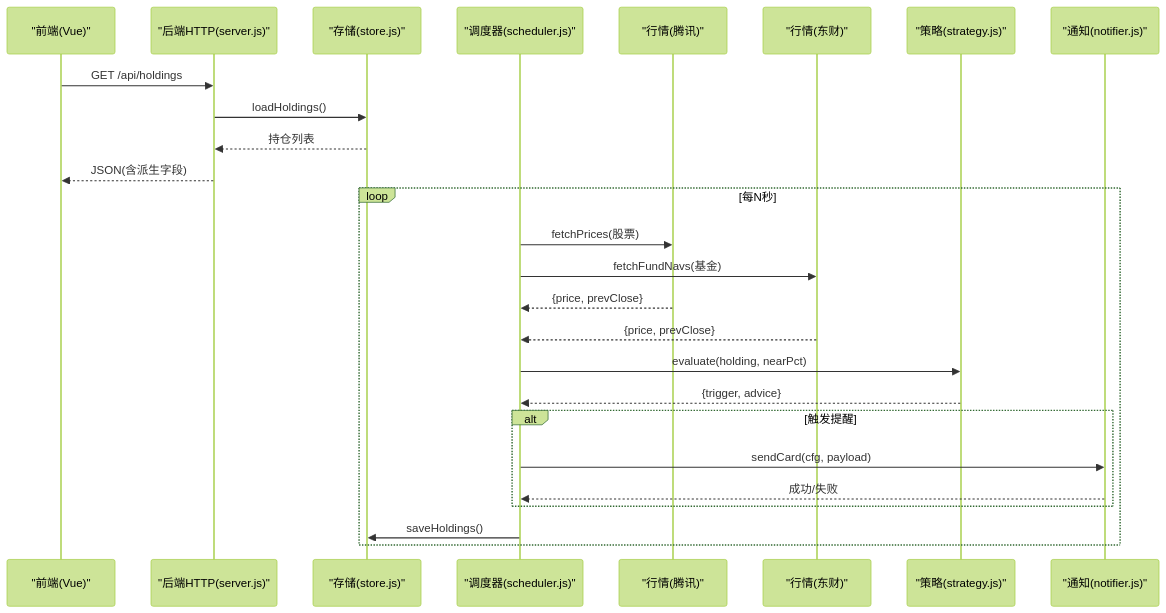
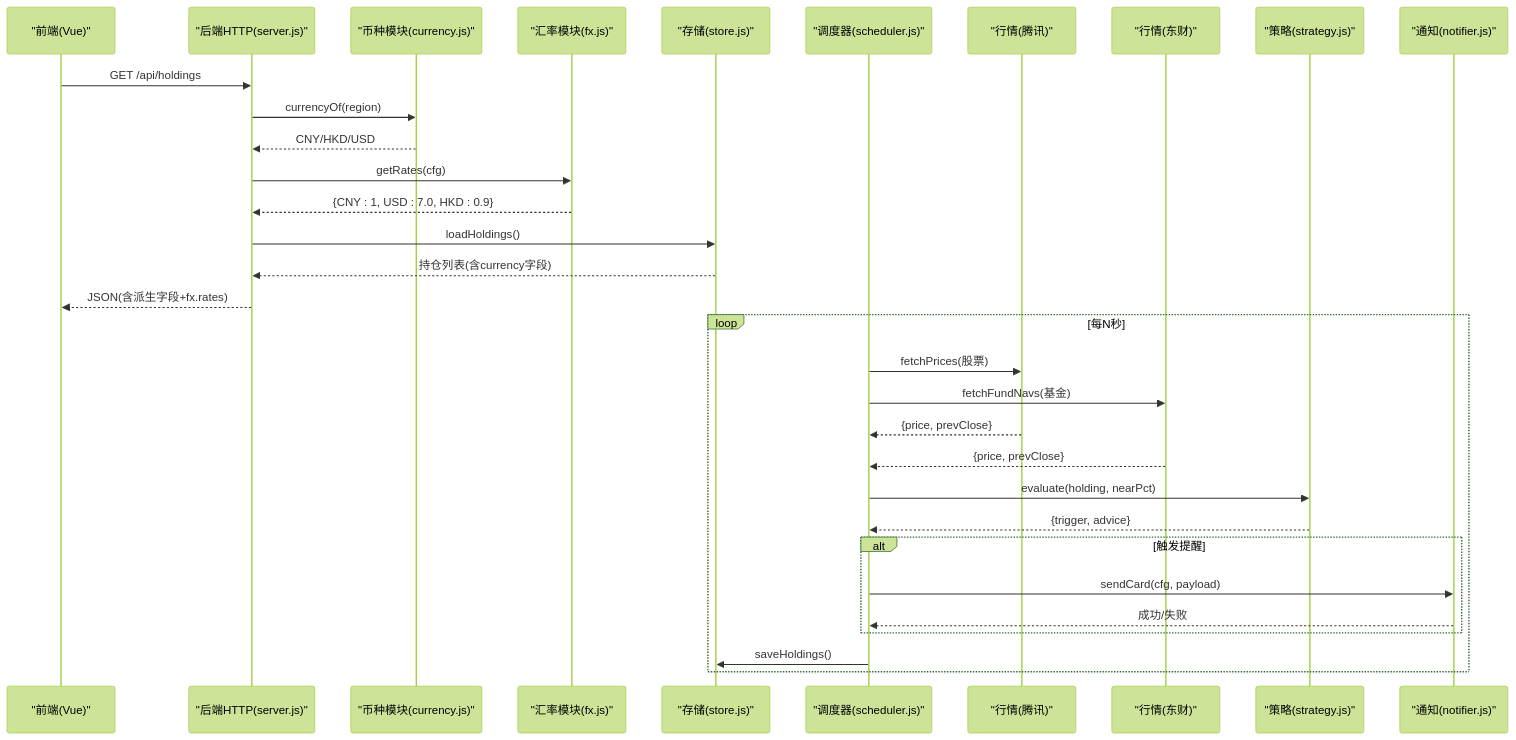
One commit to salenju/stock-advisor changed the second of 8 diagrams in .qoder/repowiki/zh/content/系统架构/系统架构.md. Above: the diagram before and after it, drawn with Mermaid (forest theme). The commit also changed other lines of this file and 45 other files, not shown here.

````diff
--- a/.qoder/repowiki/zh/content/系统架构/系统架构.md
+++ b/.qoder/repowiki/zh/content/系统架构/系统架构.md
@@ -143,28 +180,34 @@
 ```mermaid
 sequenceDiagram
 participant FE as "前端(Vue)"
 participant API as "后端HTTP(server.js)"
+participant Currency as "币种模块(currency.js)"
+participant FX as "汇率模块(fx.js)"
 participant Store as "存储(store.js)"
 participant Sched as "调度器(scheduler.js)"
 participant ProvS as "行情(腾讯)"
 participant ProvF as "行情(东财)"
 participant Strat as "策略(strategy.js)"
 participant Notify as "通知(notifier.js)"
 FE->>API : GET /api/holdings
+API->>Currency : currencyOf(region)
+Currency-->>API : CNY/HKD/USD
+API->>FX : getRates(cfg)
+FX-->>API : {CNY : 1, USD : 7.0, HKD : 0.9}
 API->>Store : loadHoldings()
-Store-->>API : 持仓列表
-API-->>FE : JSON(含派生字段)
+Store-->>API : 持仓列表(含currency字段)
+API-->>FE : JSON(含派生字段+fx.rates)
 loop 每N秒
 Sched->>ProvS : fetchPrices(股票)
 Sched->>ProvF : fetchFundNavs(基金)
 ProvS-->>Sched : {price, prevClose}
 ProvF-->>Sched : {price, prevClose}
 Sched->>Strat : evaluate(holding, nearPct)
 Strat-->>Sched : {trigger, advice}
 alt 触发提醒
 Sched->>Notify : sendCard(cfg, payload)
 Notify-->>Sched : 成功/失败
 end
 Sched->>Store : saveHoldings()
 end
 ```
````
